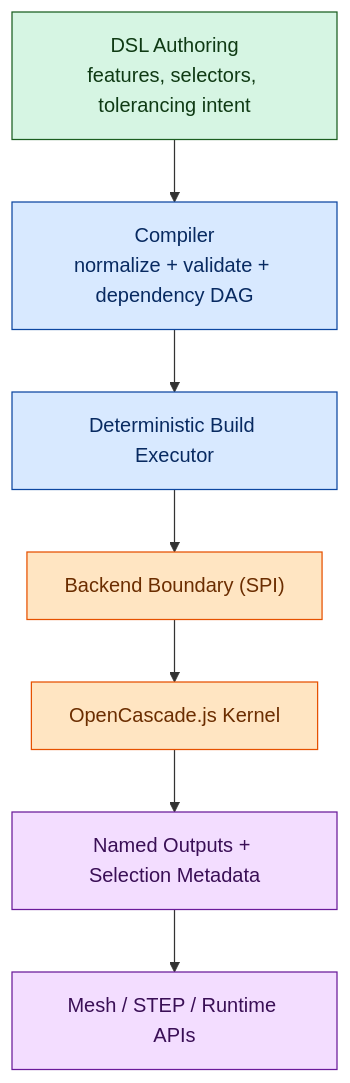
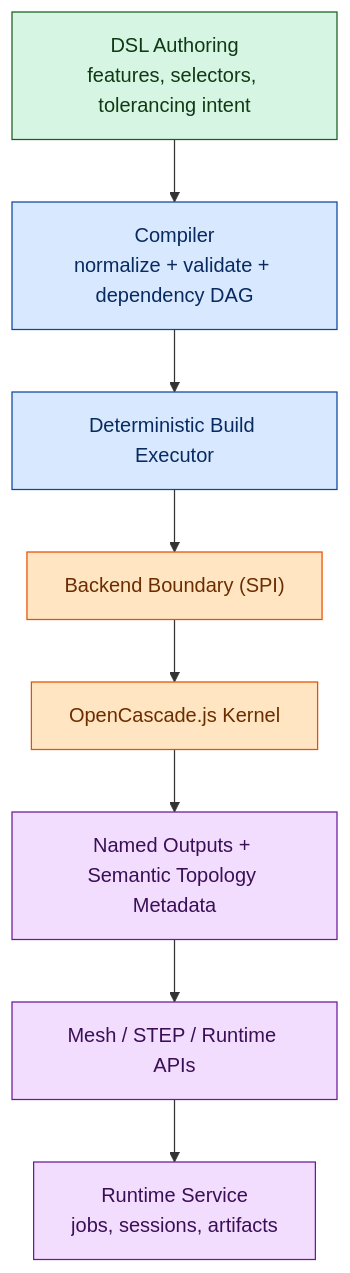
Before and after one commit to CPME/trueform: the diagram in docs/reference/architecture.md, drawn with Mermaid. The commit also changed other lines of this file and 4 other files, not shown here.

````diff
--- a/docs/reference/architecture.md
+++ b/docs/reference/architecture.md
@@ -7,19 +7,20 @@
 ```mermaid
 flowchart TB
   A["DSL Authoring<br/>features, selectors, tolerancing intent"] --> B["Compiler<br/>normalize + validate + dependency DAG"]
   B --> C["Deterministic Build Executor"]
   C --> D["Backend Boundary (SPI)"]
   D --> E["OpenCascade.js Kernel"]
-  E --> F["Named Outputs + Selection Metadata"]
+  E --> F["Named Outputs + Semantic Topology Metadata"]
   F --> G["Mesh / STEP / Runtime APIs"]
+  G --> H["Runtime Service<br/>jobs, sessions, artifacts"]
 
   classDef author fill:#d6f5e3,stroke:#1b5e20,color:#0f3a14;
   classDef compile fill:#d8e9ff,stroke:#0d47a1,color:#082a61;
   classDef backend fill:#ffe5c2,stroke:#e65100,color:#6b2d00;
   classDef output fill:#f3ddff,stroke:#6a1b9a,color:#3a0f56;
 
   class A author;
   class B,C compile;
   class D,E backend;
-  class F,G output;
+  class F,G,H output;
 ```
````
